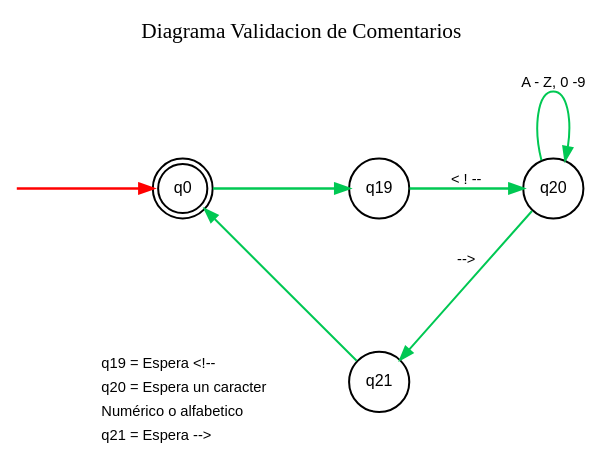
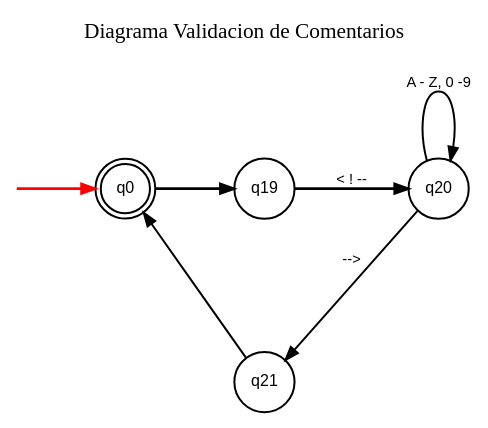
The diagram in Diagramas/comments.dot (Rpinto30/KVX-08-LAN), drawn with Graphviz before and after one commit. The commit also changed 5 other files, not shown here.

Commit message:
Arreglo de errores en diagramas

```diff
--- a/Diagramas/comments.dot
+++ b/Diagramas/comments.dot
@@ -1,40 +1,29 @@
 digraph Grafico5 {
     rankdir=LR;
-    nodesep=0.7; // Separación vertical
-    ranksep=0.8; // Separación horizontal
+    nodesep=0.7; 
+    ranksep=0.8; 
     labelloc="t";
     label="Diagrama Validacion de Comentarios\n\n";
     fontsize=16;
     fontname="Arial Bold";
 
     node [fontname="Arial", fontsize=12, penwidth=1.5];
     edge [fontname="Arial", fontsize=11, penwidth=1.5];
     inicio [shape=none, label="", width=0, height=0];
     q0 [shape=doublecircle, label="q0"];
     q19 [shape=circle, label="q19"];
     q20 [shape=circle, label="q20"];
     q21 [shape=circle, label="q21"];
 
-    leyenda [shape=none, margin=0, label=<
-        <table border="0" cellborder="0" cellspacing="2" align="left">
-            <tr><td align="left">q19 = Espera &lt;!--</td></tr>
-            <tr><td align="left">q20 = Espera un caracter</td></tr>
-            <tr><td align="left">Numérico o alfabetico</td></tr>
-            <tr><td align="left">q21 = Espera --&gt;</td></tr>
-        </table>
-    >, fontsize=11];
-
-    { rank=same; q0; leyenda; }
-    { rank=same; q19; q21; } // Coloca a q21 exactamente debajo de q19
+    { rank=same; q19; q21; }
     { rank=same; q20; }
 
-    q0 -> leyenda [style=invis, weight=10];
     q19 -> q21 [style=invis, weight=10];
     inicio -> q0 [color="red", penwidth=2];
 
-    q0 -> q19 [color="#00C853", penwidth=2, weight=10];
-    q19 -> q20 [label=" < ! --", color="#00C853", penwidth=2, weight=10];
-    q20 -> q20 [label=" A - Z, 0 -9", color="#00C853", fontcolor="black"];
-    q20 -> q21 [label=" -->", color="#00C853", constraint=false];
-    q21 -> q0 [color="#00C853", constraint=false];
+    q0 -> q19 [color="black", penwidth=2, weight=10];
+    q19 -> q20 [label=" < ! --", color="black", penwidth=2, weight=10];
+    q20 -> q20 [label=" A - Z, 0 -9", color="black", fontcolor="black"];
+    q20 -> q21 [label=" -->", color="black", constraint=false];
+    q21 -> q0 [color="black", constraint=false];
 }
```
